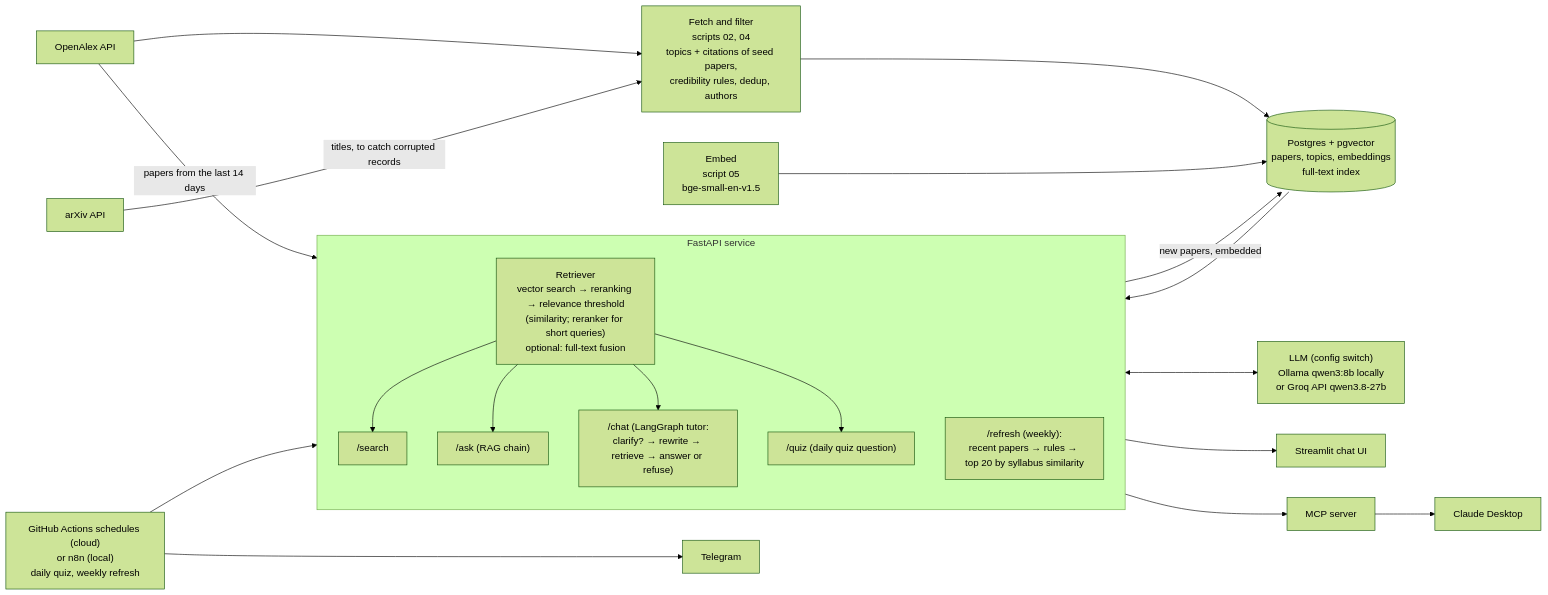
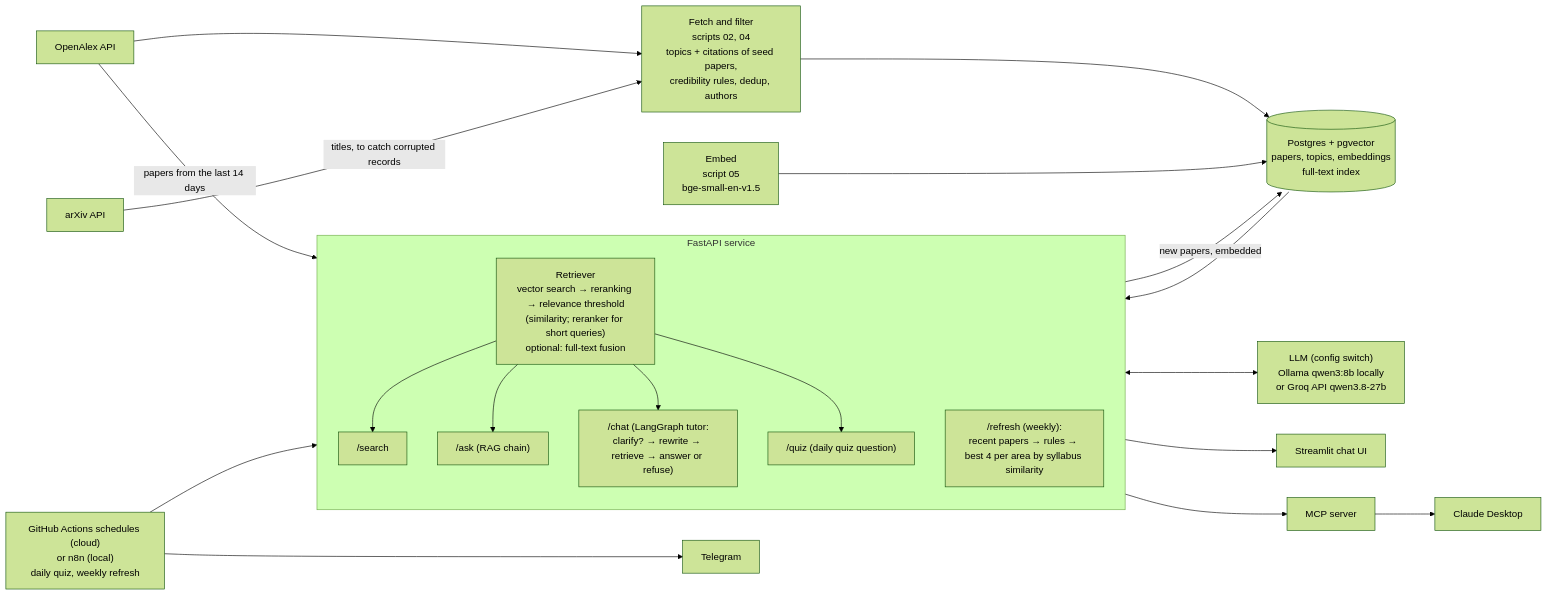
Before and after one commit to AymenFeki/paper-tutor: the diagram in README.md, drawn with Mermaid (forest theme). The commit also changed other lines of this file and 7 other files, not shown here.

First line of the commit message:
Refresh: at most 4 papers per area, 32 in all (#26)

````diff
--- a/README.md
+++ b/README.md
@@ -65,32 +65,32 @@
 ```mermaid
 flowchart LR
     OA[OpenAlex API] --> FETCH["Fetch and filter<br/>scripts 02, 04<br/>topics + citations of seed papers,<br/>credibility rules, dedup, authors"]
     AX[arXiv API] -->|titles, to catch corrupted records| FETCH
     FETCH --> DB[("Postgres + pgvector<br/>papers, topics, embeddings<br/>full-text index")]
     EMB["Embed<br/>script 05<br/>bge-small-en-v1.5"] --> DB
 
     subgraph API["FastAPI service"]
         direction TB
         RET["Retriever<br/>vector search → reranking → relevance threshold<br/>(similarity; reranker for short queries)<br/>optional: full-text fusion"]
         SEARCH["/search"]
         ASK["/ask (RAG chain)"]
         CHAT["/chat (LangGraph tutor:<br/>clarify? → rewrite → retrieve → answer or refuse)"]
         QUIZ["/quiz (daily quiz question)"]
-        REFRESH["/refresh (weekly):<br/>recent papers → rules → top 20 by syllabus similarity"]
+        REFRESH["/refresh (weekly):<br/>recent papers → rules → best 4 per area by syllabus similarity"]
         RET --> SEARCH
         RET --> ASK
         RET --> CHAT
         RET --> QUIZ
     end
 
     OA -->|papers from the last 14 days| REFRESH
     REFRESH -->|new papers, embedded| DB
 
     DB --> API
     API <--> LLM["LLM (config switch)<br/>Ollama qwen3:8b locally<br/>or Groq API qwen3.8-27b"]
     API --> UI["Streamlit chat UI"]
     API --> MCP["MCP server"]
     MCP --> CD["Claude Desktop"]
     SCHED["GitHub Actions schedules (cloud)<br/>or n8n (local)<br/>daily quiz, weekly refresh"] --> API
     SCHED --> TG["Telegram"]
 ```
````
